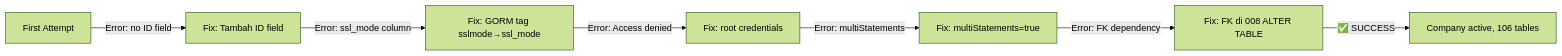
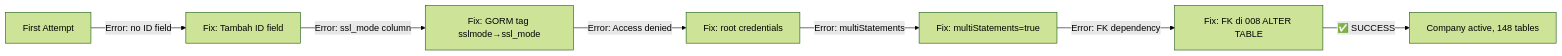
The second of 8 diagrams in docs/platform-architecture-design.md (Inthros-Jagotama/inthros-hris-platform), drawn with Mermaid (forest theme) before and after one commit. The commit also changed other lines of this file and 205 other files, not shown here.

````diff
--- a/docs/platform-architecture-design.md
+++ b/docs/platform-architecture-design.md
@@ -1065,9 +1077,9 @@
 ```mermaid
 graph LR
     A[First Attempt] -->|Error: no ID field| B[Fix: Tambah ID field]
     B -->|Error: ssl_mode column| C[Fix: GORM tag sslmode→ssl_mode]
     C -->|Error: Access denied| D[Fix: root credentials]
     D -->|Error: multiStatements| E[Fix: multiStatements=true]
     E -->|Error: FK dependency| F[Fix: FK di 008 ALTER TABLE]
-    F -->|✅ SUCCESS| G[Company active, 106 tables]
+    F -->|✅ SUCCESS| G[Company active, 148 tables]
 ```
````
